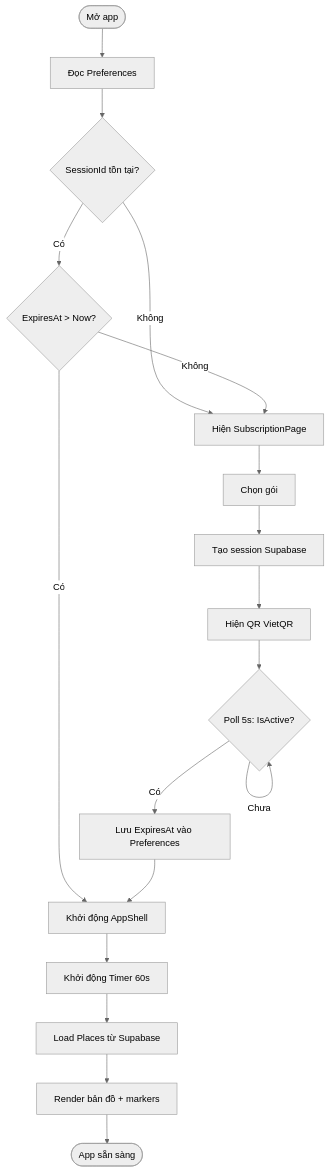
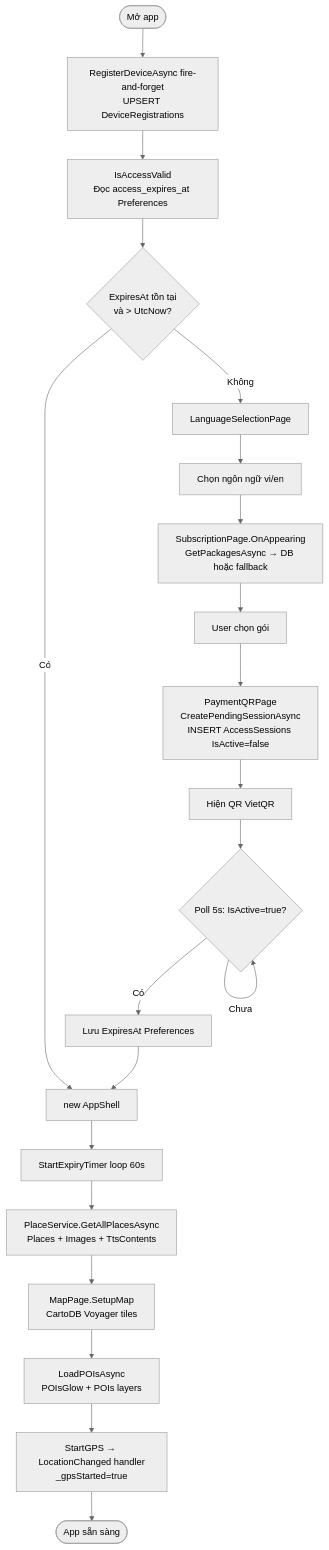
Diagram 17 of 22 in PRD.md (MTai55/TourguideProjectApp), drawn with Mermaid (neutral theme) before and after one commit. The commit also changed other lines of this file and 2 other files, not shown here.

````diff
--- a/PRD.md
+++ b/PRD.md
@@ -1445,21 +1832,24 @@
 ```mermaid
 flowchart TD
-    A([Mở app]) --> B[Đọc Preferences]
-    B --> C{SessionId tồn tại?}
-    C -->|Không| D[Hiện SubscriptionPage]
-    C -->|Có| E{ExpiresAt > Now?}
-    E -->|Không| D
-    E -->|Có| F[Khởi động AppShell]
-    F --> G[Khởi động Timer 60s]
-    G --> H[Load Places từ Supabase]
-    H --> I[Render bản đồ + markers]
-    I --> J([App sẵn sàng])
+    A([Mở app]) --> B[RegisterDeviceAsync fire-and-forget\nUPSERT DeviceRegistrations]
+    B --> C[IsAccessValid\nĐọc access_expires_at Preferences]
+    C --> D{ExpiresAt tồn tại\nvà > UtcNow?}
+    D -->|Không| E[LanguageSelectionPage]
+    D -->|Có| F[new AppShell]
+    F --> G[StartExpiryTimer loop 60s]
+    G --> H[PlaceService.GetAllPlacesAsync\nPlaces + Images + TtsContents]
+    H --> I[MapPage.SetupMap\nCartoDB Voyager tiles]
+    I --> J[LoadPOIsAsync\nPOIsGlow + POIs layers]
+    J --> K[StartGPS → LocationChanged handler\n_gpsStarted=true]
+    K --> L([App sẵn sàng])
 
-    D --> K[Chọn gói]
-    K --> L[Tạo session Supabase]
-    L --> M[Hiện QR VietQR]
-    M --> N{Poll 5s: IsActive?}
-    N -->|Chưa| N
-    N -->|Có| O[Lưu ExpiresAt vào Preferences]
-    O --> F
+    E --> M[Chọn ngôn ngữ vi/en]
+    M --> N[SubscriptionPage.OnAppearing\nGetPackagesAsync → DB hoặc fallback]
+    N --> O[User chọn gói]
+    O --> P[PaymentQRPage\nCreatePendingSessionAsync\nINSERT AccessSessions IsActive=false]
+    P --> Q[Hiện QR VietQR]
+    Q --> R{Poll 5s: IsActive=true?}
+    R -->|Chưa| R
+    R -->|Có| S[Lưu ExpiresAt Preferences]
+    S --> F
 ```
````
